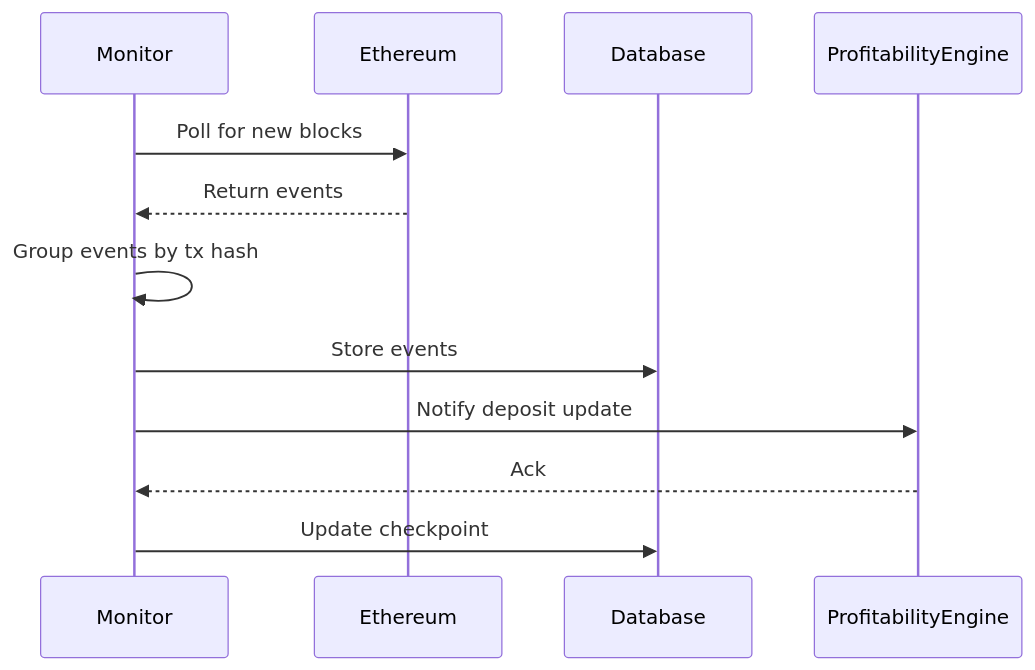
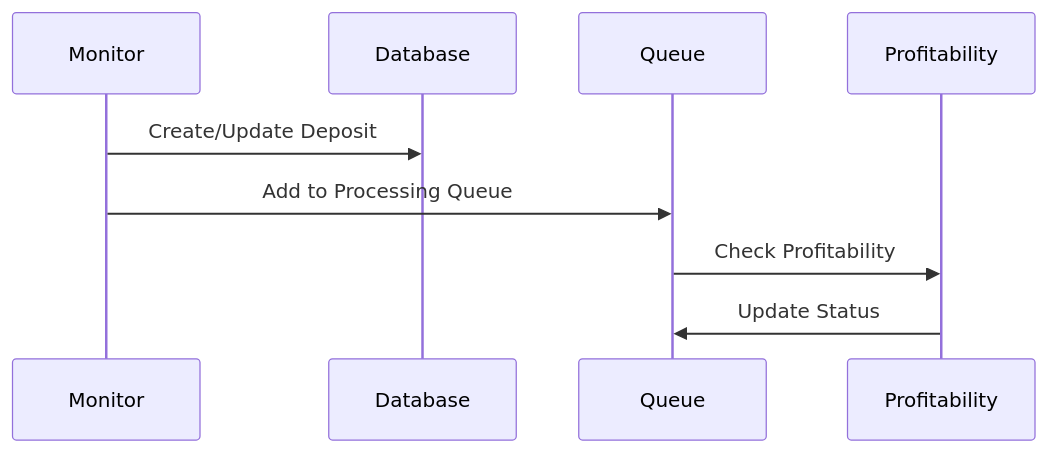
One commit to ScopeLift/staker-bots changed the seventh of 7 diagrams in src/monitor/README.md. Above: the diagram before and after it, drawn with Mermaid. The commit also changed other lines of this file and 11 other files, not shown here.

````diff
--- a/src/monitor/README.md
+++ b/src/monitor/README.md
@@ -24,15 +285,12 @@
 ```mermaid
 sequenceDiagram
     participant Monitor
-    participant Ethereum
     participant Database
-    participant ProfitabilityEngine
-
-    Monitor->>Ethereum: Poll for new blocks
-    Ethereum-->>Monitor: Return events
-    Monitor->>Monitor: Group events by tx hash
-    Monitor->>Database: Store events
-    Monitor->>ProfitabilityEngine: Notify deposit update
-    ProfitabilityEngine-->>Monitor: Ack
-    Monitor->>Database: Update checkpoint
+    participant Queue
+    participant Profitability
+    
+    Monitor->>Database: Create/Update Deposit
+    Monitor->>Queue: Add to Processing Queue
+    Queue->>Profitability: Check Profitability
+    Profitability->>Queue: Update Status
 ```
````
